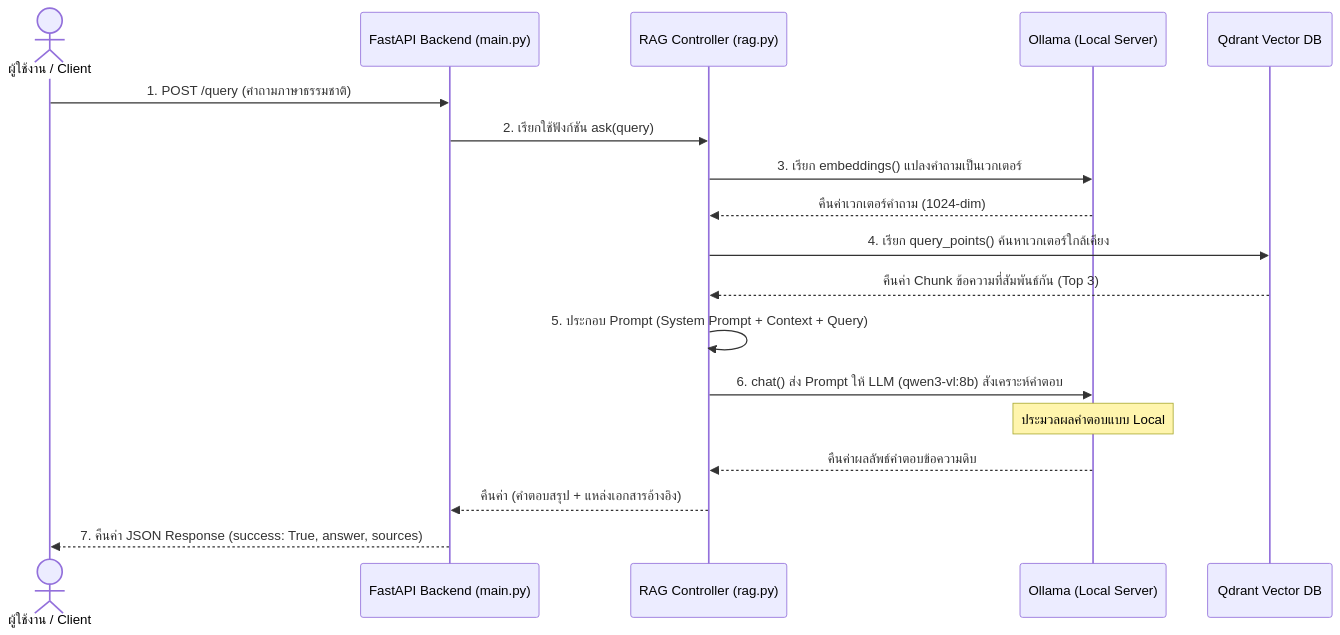
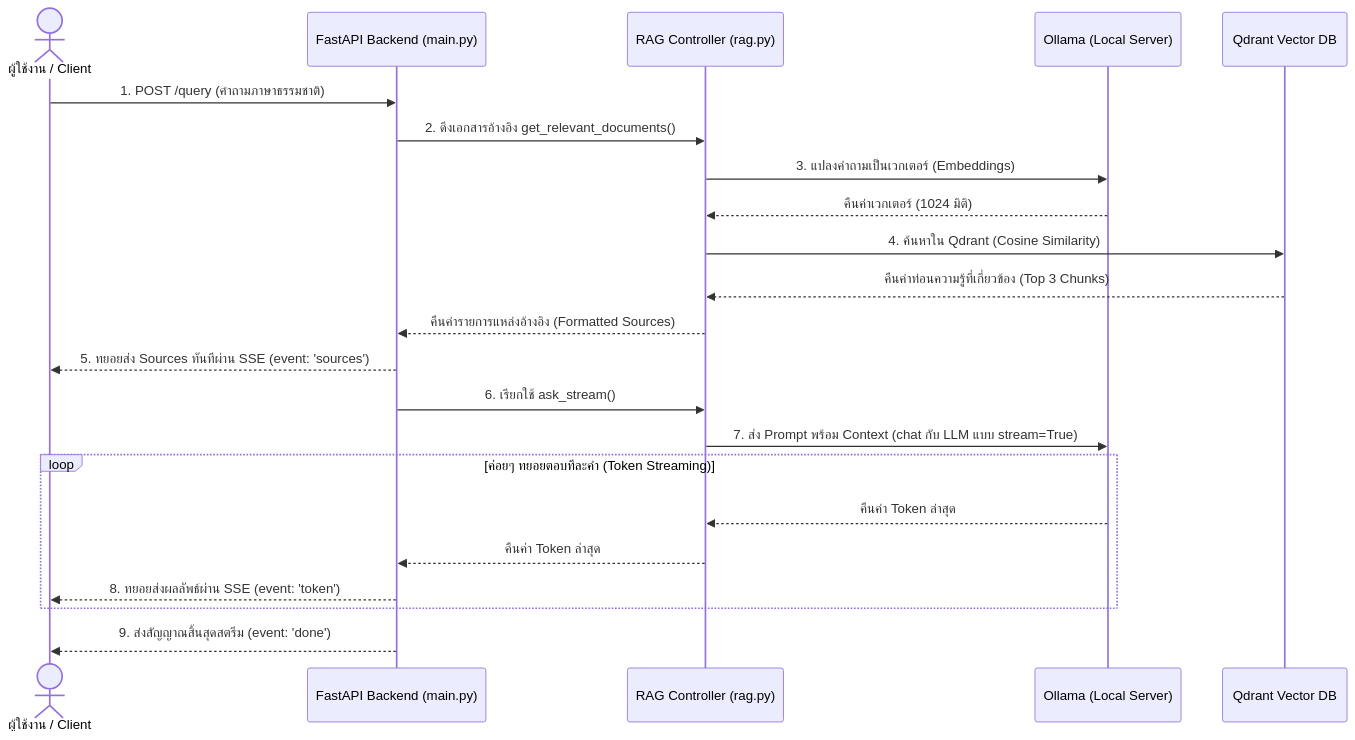
Before and after one commit to JessadaID/RAG: the diagram in README.md, drawn with Mermaid. The commit also changed 5 other files, not shown here.

Commit message:
feat: implement server-sent events (SSE) for streaming RAG responses and update LLM model to qwen3:4b

````diff
--- a/README.md
+++ b/README.md
@@ -119,21 +119,28 @@
 ```mermaid
 sequenceDiagram
     actor User as ผู้ใช้งาน / Client
     participant API as FastAPI Backend (main.py)
     participant RAG as RAG Controller (rag.py)
     participant Ollama as Ollama (Local Server)
     participant DB as Qdrant Vector DB
 
     User->>API: 1. POST /query (คำถามภาษาธรรมชาติ)
-    API->>RAG: 2. เรียกใช้ฟังก์ชัน ask(query)
-    RAG->>Ollama: 3. เรียก embeddings() แปลงคำถามเป็นเวกเตอร์
-    Ollama-->>RAG: คืนค่าเวกเตอร์คำถาม (1024-dim)
-    RAG->>DB: 4. เรียก query_points() ค้นหาเวกเตอร์ใกล้เคียง
-    DB-->>RAG: คืนค่า Chunk ข้อความที่สัมพันธ์กัน (Top 3)
-    RAG->>RAG: 5. ประกอบ Prompt (System Prompt + Context + Query)
-    RAG->>Ollama: 6. chat() ส่ง Prompt ให้ LLM (qwen3-vl:8b) สังเคราะห์คำตอบ
-    Note over Ollama: ประมวลผลคำตอบแบบ Local
-    Ollama-->>RAG: คืนค่าผลลัพธ์คำตอบข้อความดิบ
-    RAG-->>API: คืนค่า (คำตอบสรุป + แหล่งเอกสารอ้างอิง)
-    API-->>User: 7. คืนค่า JSON Response (success: True, answer, sources)
+    API->>RAG: 2. ดึงเอกสารอ้างอิง get_relevant_documents()
+    RAG->>Ollama: 3. แปลงคำถามเป็นเวกเตอร์ (Embeddings)
+    Ollama-->>RAG: คืนค่าเวกเตอร์ (1024 มิติ)
+    RAG->>DB: 4. ค้นหาใน Qdrant (Cosine Similarity)
+    DB-->>RAG: คืนค่าท่อนความรู้ที่เกี่ยวข้อง (Top 3 Chunks)
+    RAG-->>API: คืนค่ารายการแหล่งอ้างอิง (Formatted Sources)
+    API-->>User: 5. ทยอยส่ง Sources ทันทีผ่าน SSE (event: 'sources')
+    
+    API->>RAG: 6. เรียกใช้ ask_stream()
+    RAG->>Ollama: 7. ส่ง Prompt พร้อม Context (chat กับ LLM แบบ stream=True)
+    
+    loop ค่อยๆ ทยอยตอบทีละคำ (Token Streaming)
+        Ollama-->>RAG: คืนค่า Token ล่าสุด
+        RAG-->>API: คืนค่า Token ล่าสุด
+        API-->>User: 8. ทยอยส่งผลลัพธ์ผ่าน SSE (event: 'token')
+    end
+    
+    API-->>User: 9. ส่งสัญญาณสิ้นสุดสตรีม (event: 'done')
 ```
````
